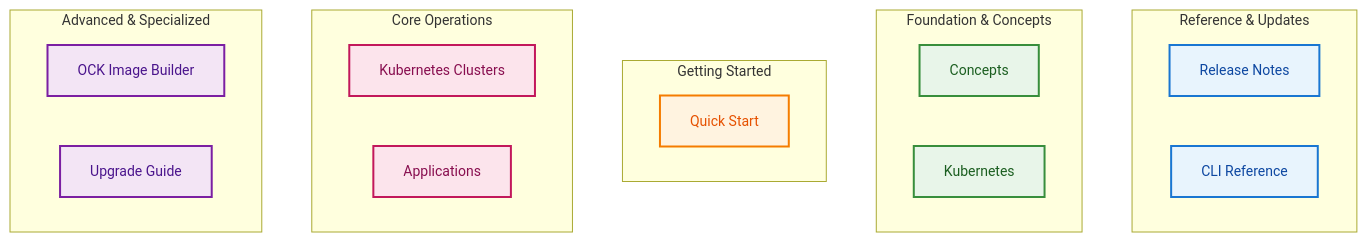
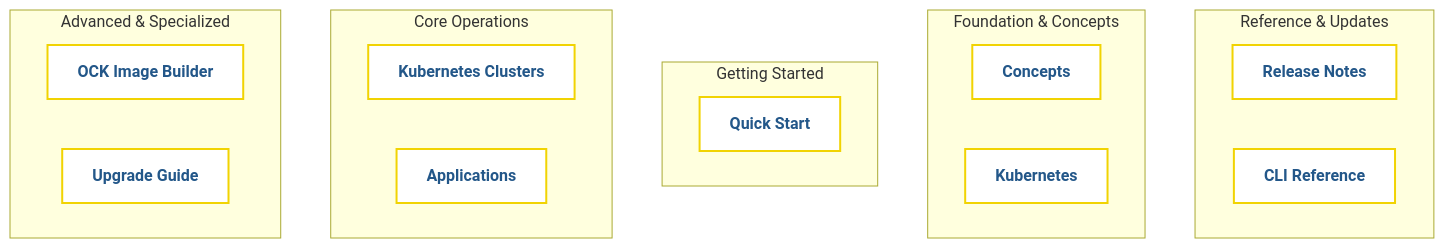
One commit to alison-holloway/alison-holloway.github.io changed the first of 8 diagrams in _portfolio/ocne2_information_architecture.md. Above: the diagram before and after it, drawn with Mermaid. The commit also changed other lines of this file and 3 other files, not shown here.

First line of the commit message:
Add Mermaid diagram formatting system and apply new template styling

````diff
--- a/_portfolio/ocne2_information_architecture.md
+++ b/_portfolio/ocne2_information_architecture.md
@@ -50,45 +50,25 @@
 ```mermaid
-%%{init: {
-  "theme": "default",
-  "themeVariables": {
-    "fontFamily": "sans-serif",
-    "fontSize": "14px"
-  }
-}}%%
 flowchart TB
-    subgraph Reference["Reference & Updates"]
-        RN["Release Notes"]
-        CLI["CLI Reference"]
-    end
-
-    subgraph Foundation["Foundation & Concepts"]
-        CON["Concepts"]
-        K8S["Kubernetes"]
-    end
-
-    subgraph Start["Getting Started"]
-        QS["Quick Start"]
-    end
-
-    subgraph Core["Core Operations"]
-        KC["Kubernetes Clusters"]
-        APP["Applications"]
-    end
-
-    subgraph Advanced["Advanced & Specialized"]
-        OCK["OCK Image Builder"]
-        UPG["Upgrade Guide"]
-    end
-
-    classDef refStyle fill:#E8F4FD,stroke:#1976D2,stroke-width:2px,color:#0D47A1
-    classDef foundStyle fill:#E8F5E9,stroke:#388E3C,stroke-width:2px,color:#1B5E20
-    classDef startStyle fill:#FFF3E0,stroke:#F57C00,stroke-width:2px,color:#E65100
-    classDef coreStyle fill:#FCE4EC,stroke:#C2185B,stroke-width:2px,color:#880E4F
-    classDef advStyle fill:#F3E5F5,stroke:#7B1FA2,stroke-width:2px,color:#4A148C
-
-    class RN,CLI refStyle
-    class CON,K8S foundStyle
-    class QS startStyle
-    class KC,APP coreStyle
-    class OCK,UPG advStyle
+  subgraph Reference["Reference & Updates"]
+    RN["Release Notes"]
+    CLI["CLI Reference"]
+  end
+  subgraph Foundation["Foundation & Concepts"]
+    CON["Concepts"]
+    K8S["Kubernetes"]
+  end
+  subgraph Start["Getting Started"]
+    QS["Quick Start"]
+  end
+  subgraph Core["Core Operations"]
+    KC["Kubernetes Clusters"]
+    APP["Applications"]
+  end
+  subgraph Advanced["Advanced & Specialized"]
+    OCK["OCK Image Builder"]
+    UPG["Upgrade Guide"]
+  end
+  classDef chapter fill:#fff,stroke:#F1D302,stroke-width:2px,color:#235789,font-size:16px,font-weight:bold;
+  classDef workflowNode fill:#fff,stroke:#C1292E,stroke-width:2px,color:#235789,font-size:16px,font-weight:bold;
+  class APP,CLI,CON,K8S,KC,OCK,QS,RN,UPG chapter;
 ```
````
